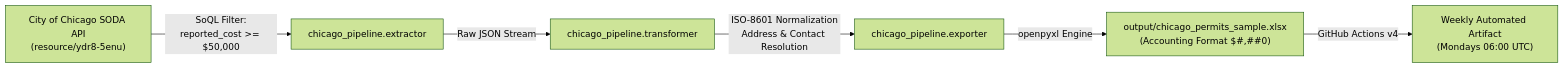
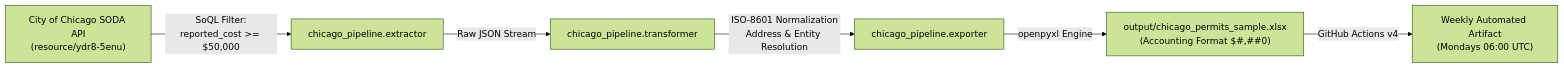
One commit to Seor1601/chicago-permits-daas changed the diagram in README.md. Above: the diagram before and after it, drawn with Mermaid (forest theme). The commit also changed other lines of this file and 10 other files, not shown here.

````diff
--- a/README.md
+++ b/README.md
@@ -14,8 +14,8 @@
 ```mermaid
 flowchart LR
     A["City of Chicago SODA API<br/>(resource/ydr8-5enu)"] -->|"SoQL Filter:<br/>reported_cost >= $50,000"| B["chicago_pipeline.extractor"]
     B -->|"Raw JSON Stream"| C["chicago_pipeline.transformer"]
-    C -->|"ISO-8601 Normalization<br/>Address & Contact Resolution"| D["chicago_pipeline.exporter"]
+    C -->|"ISO-8601 Normalization<br/>Address & Entity Resolution"| D["chicago_pipeline.exporter"]
     D -->|"openpyxl Engine"| E["output/chicago_permits_sample.xlsx<br/>(Accounting Format $#,##0)"]
     E -->|"GitHub Actions v4"| F["Weekly Automated Artifact<br/>(Mondays 06:00 UTC)"]
 ```
````
